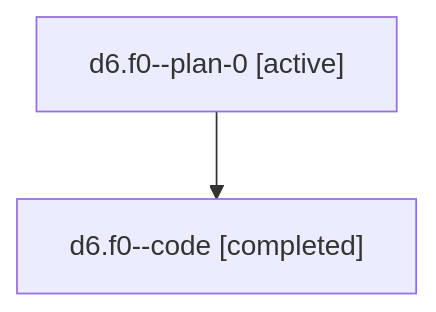
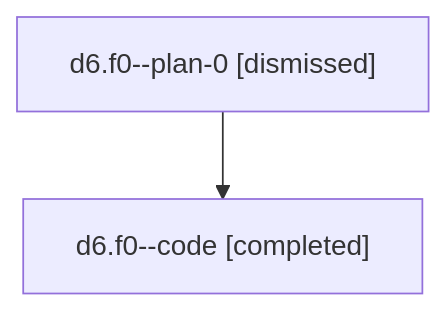
Before and after one commit to sase-org/sase--agents: the diagram in sessions/bbugyi200.athena.d6.f0.md, drawn with Mermaid. The commit also changed other lines of this file and 69 other files, not shown here.

````diff
--- a/sessions/bbugyi200.athena.d6.f0.md
+++ b/sessions/bbugyi200.athena.d6.f0.md
@@ -9,6 +9,6 @@
 ```mermaid
 flowchart TD
-  n0["d6.f0--plan-0 [active]"]
+  n0["d6.f0--plan-0 [dismissed]"]
   n1["d6.f0--code [completed]"]
   n0 --> n1
 ```
````
